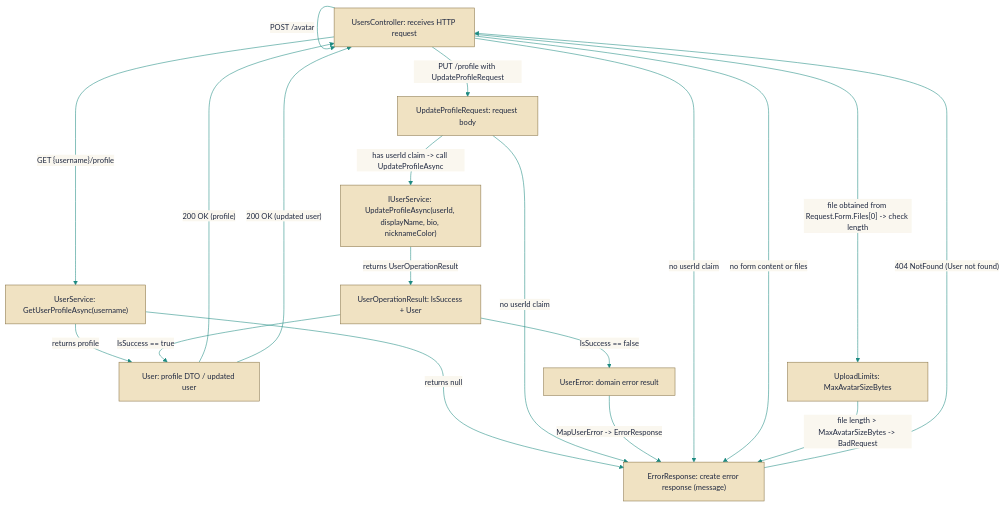
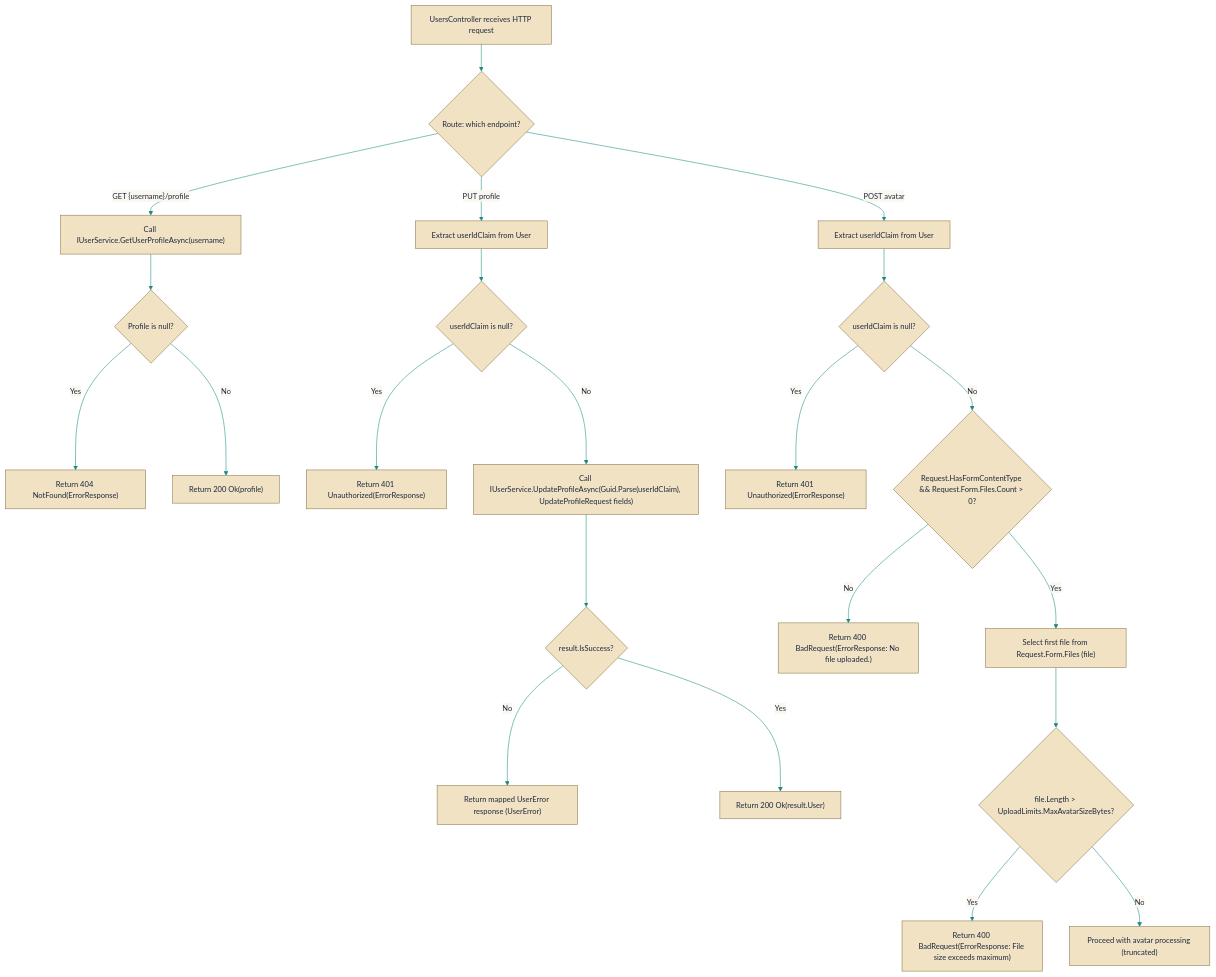
Before and after one commit to HueByte/EchoHub: the diagram in docs/auriondocs/Code/src/EchoHub.Server/Controllers/UsersController.cs.md, drawn with Mermaid. The commit also changed other lines of this file and 143 other files, not shown here.

````diff
--- a/docs/auriondocs/Code/src/EchoHub.Server/Controllers/UsersController.cs.md
+++ b/docs/auriondocs/Code/src/EchoHub.Server/Controllers/UsersController.cs.md
@@ -8,34 +8,34 @@
 ```mermaid
 %%{init: {'theme':'base','themeVariables':{'background':'#faf7ef','primaryColor':'#f0e2c2','primaryTextColor':'#1f2840','primaryBorderColor':'#8a7548','secondaryColor':'#d9efec','secondaryBorderColor':'#1d8a80','secondaryTextColor':'#1f2840','tertiaryColor':'#f2ebd8','tertiaryBorderColor':'#8a7548','tertiaryTextColor':'#1f2840','lineColor':'#1d8a80','titleColor':'#1f2840','fontSize':'14px','edgeLabelBackground':'#faf7ef','clusterBkg':'#f2ebd8','clusterBorder':'#8a7548','actorBkg':'#f0e2c2','actorBorder':'#8a7548','actorTextColor':'#1f2840','actorLineColor':'#8a7548','signalColor':'#1d8a80','signalTextColor':'#1f2840','activationBkgColor':'#d9efec','activationBorderColor':'#1d8a80','noteBkgColor':'#f2ebd8','noteBorderColor':'#8a7548','noteTextColor':'#1f2840','labelBoxBkgColor':'#f0e2c2','labelBoxBorderColor':'#8a7548','labelTextColor':'#1f2840','transitionColor':'#1d8a80','transitionLabelColor':'#1f2840','stateLabelColor':'#1f2840','altBackground':'#f2ebd8'}}}%%
 flowchart TB
-UsersController["UsersController: receives HTTP request"]
-UserService["UserService: GetUserProfileAsync(username)"]
-ErrorResponse["ErrorResponse: create error response (message)"]
-User["User: profile DTO / updated user"]
-UpdateProfileRequest["UpdateProfileRequest: request body"]
-IUserService["IUserService: UpdateProfileAsync(userId, displayName, bio, nicknameColor)"]
-UserOperationResult["UserOperationResult: IsSuccess + User"]
-UserError["UserError: domain error result"]
-UploadLimits["UploadLimits: MaxAvatarSizeBytes"]
+    start["UsersController receives HTTP request"]
+    route{"Route: which endpoint?"}
 
-UsersController -->|"GET {username}/profile"| UserService
-UserService -->|"returns null"| ErrorResponse
-ErrorResponse -->|"404 NotFound (User not found)"| UsersController
-UserService -->|"returns profile"| User
-User -->|"200 OK (profile)"| UsersController
+    start --> route
 
-UsersController -->|"PUT /profile with UpdateProfileRequest"| UpdateProfileRequest
-UpdateProfileRequest -->|"no userId claim"| ErrorResponse
-UpdateProfileRequest -->|"has userId claim -> call UpdateProfileAsync"| IUserService
-IUserService -->|"returns UserOperationResult"| UserOperationResult
-UserOperationResult -->|"IsSuccess == false"| UserError
-UserError -->|"MapUserError -> ErrorResponse"| ErrorResponse
-UserOperationResult -->|"IsSuccess == true"| User
-User -->|"200 OK (updated user)"| UsersController
+    %% GET profile flow
+    route -->|"GET {username}/profile"| gpCall["Call IUserService.GetUserProfileAsync(username)"]
+    gpCall --> profileNull{"Profile is null?"}
+    profileNull -- Yes --> notFound["Return 404 NotFound(ErrorResponse)"]
+    profileNull -- No --> okProfile["Return 200 Ok(profile)"]
 
-UsersController -->|"POST /avatar"| UsersController
-UsersController -->|"no userId claim"| ErrorResponse
-UsersController -->|"no form content or files"| ErrorResponse
-UsersController -->|"file obtained from Request.Form.Files[0] -> check length"| UploadLimits
-UploadLimits -->|"file length > MaxAvatarSizeBytes -> BadRequest"| ErrorResponse
+    %% Update profile flow
+    route -->|"PUT profile"| updAuth["Extract userIdClaim from User"]
+    updAuth --> updAuthNull{"userIdClaim is null?"}
+    updAuthNull -- Yes --> updUnauthorized["Return 401 Unauthorized(ErrorResponse)"]
+    updAuthNull -- No --> updCall["Call IUserService.UpdateProfileAsync(Guid.Parse(userIdClaim), UpdateProfileRequest fields)"]
+    updCall --> updResult{"result.IsSuccess?"}
+    updResult -- No --> updError["Return mapped UserError response (UserError)"]
+    updResult -- Yes --> updOk["Return 200 Ok(result.User)"]
+
+    %% Upload avatar flow (truncated)
+    route -->|"POST avatar"| uploadAuth["Extract userIdClaim from User"]
+    uploadAuth --> uploadAuthNull{"userIdClaim is null?"}
+    uploadAuthNull -- Yes --> uploadUnauthorized["Return 401 Unauthorized(ErrorResponse)"]
+    uploadAuthNull -- No --> formCheck{"Request.HasFormContentType && Request.Form.Files.Count > 0?"}
+    formCheck -- No --> noFile["Return 400 BadRequest(ErrorResponse: No file uploaded.)"]
+    formCheck -- Yes --> fileAssign["Select first file from Request.Form.Files (file)"]
+    fileAssign --> sizeCheck{"file.Length > UploadLimits.MaxAvatarSizeBytes?"}
+    sizeCheck -- Yes --> tooLarge["Return 400 BadRequest(ErrorResponse: File size exceeds maximum)"]
+    sizeCheck -- No --> continue["Proceed with avatar processing (truncated)"]
 ```
````
